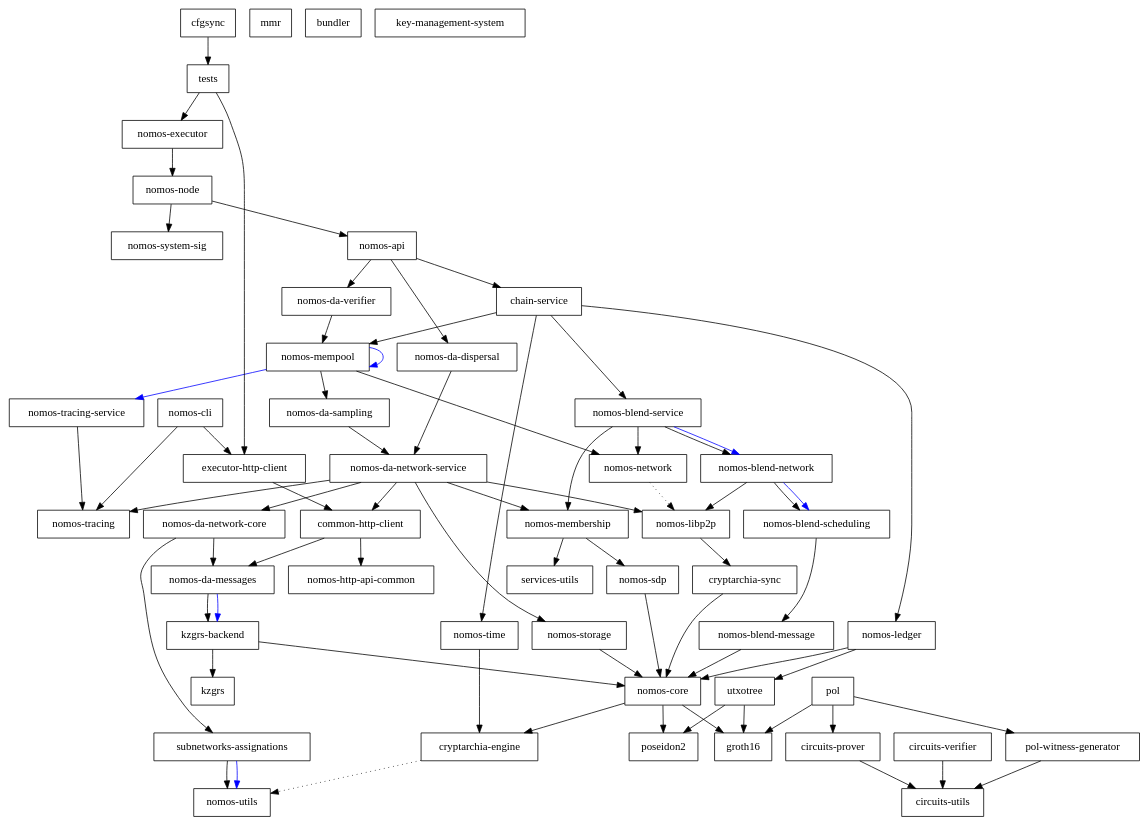
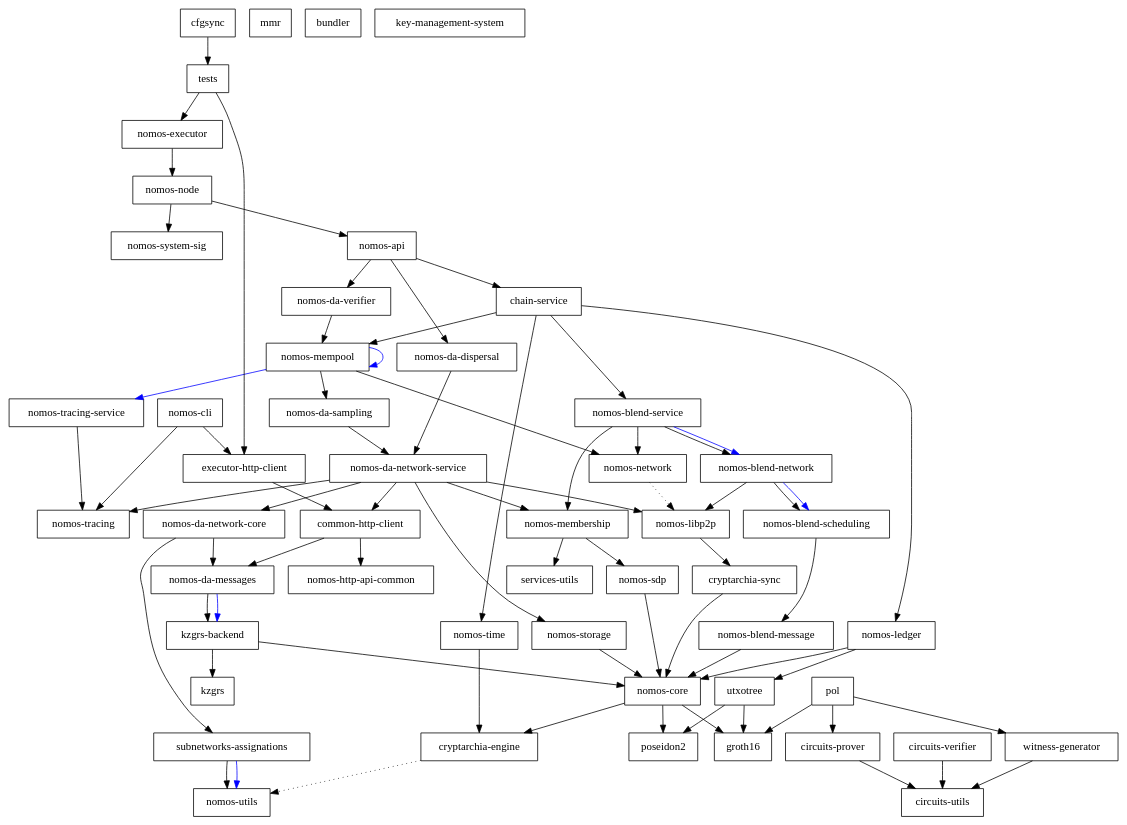
The diagram in dependencies_graph.dot (Astro521/logos-blockchain), drawn with Graphviz before and after one commit. The commit also changed 17 other files, not shown here.

Commit message:
chore(zk): Make witness generator generic (#1637)

```diff
--- a/dependencies_graph.dot
+++ b/dependencies_graph.dot
@@ -1,123 +1,123 @@
 digraph {
     0 [ label = "cryptarchia-engine" shape = box]
     1 [ label = "nomos-utils" shape = box]
     2 [ label = "cryptarchia-sync" shape = box]
     3 [ label = "nomos-core" shape = box]
     4 [ label = "groth16" shape = box]
     5 [ label = "poseidon2" shape = box]
     6 [ label = "nomos-ledger" shape = box]
     7 [ label = "utxotree" shape = box]
     8 [ label = "mmr" shape = box]
     9 [ label = "nomos-http-api-common" shape = box]
     10 [ label = "nomos-executor" shape = box]
     11 [ label = "kzgrs-backend" shape = box]
     12 [ label = "kzgrs" shape = box]
     13 [ label = "nomos-api" shape = box]
     14 [ label = "chain-service" shape = box]
     15 [ label = "nomos-blend-service" shape = box]
     16 [ label = "nomos-blend-message" shape = box]
     17 [ label = "nomos-blend-network" shape = box]
     18 [ label = "nomos-blend-scheduling" shape = box]
     19 [ label = "nomos-libp2p" shape = box]
     20 [ label = "nomos-membership" shape = box]
     21 [ label = "nomos-sdp" shape = box]
     22 [ label = "services-utils" shape = box]
     23 [ label = "nomos-network" shape = box]
     24 [ label = "nomos-da-sampling" shape = box]
     25 [ label = "nomos-da-network-core" shape = box]
     26 [ label = "nomos-da-messages" shape = box]
     27 [ label = "subnetworks-assignations" shape = box]
     28 [ label = "nomos-da-network-service" shape = box]
     29 [ label = "common-http-client" shape = box]
     30 [ label = "nomos-storage" shape = box]
     31 [ label = "nomos-tracing" shape = box]
     32 [ label = "nomos-mempool" shape = box]
     33 [ label = "nomos-tracing-service" shape = box]
     34 [ label = "nomos-time" shape = box]
     35 [ label = "nomos-da-dispersal" shape = box]
     36 [ label = "nomos-da-verifier" shape = box]
     37 [ label = "nomos-node" shape = box]
     38 [ label = "nomos-system-sig" shape = box]
     39 [ label = "executor-http-client" shape = box]
     40 [ label = "bundler" shape = box]
     41 [ label = "nomos-cli" shape = box]
     42 [ label = "key-management-system" shape = box]
     43 [ label = "cfgsync" shape = box]
     44 [ label = "tests" shape = box]
     45 [ label = "circuits-prover" shape = box]
     46 [ label = "circuits-utils" shape = box]
     47 [ label = "circuits-verifier" shape = box]
-    48 [ label = "pol-witness-generator" shape = box]
+    48 [ label = "witness-generator" shape = box]
     49 [ label = "pol" shape = box]
     0 -> 1 [ style = dotted]
     2 -> 3 [ ]
     3 -> 0 [ ]
     3 -> 4 [ ]
     3 -> 5 [ ]
     6 -> 3 [ ]
     6 -> 7 [ ]
     7 -> 4 [ ]
     7 -> 5 [ ]
     10 -> 37 [ ]
     11 -> 12 [ ]
     11 -> 3 [ ]
     13 -> 14 [ ]
     13 -> 35 [ ]
     13 -> 36 [ ]
     14 -> 15 [ ]
     14 -> 6 [ ]
     14 -> 32 [ ]
     14 -> 34 [ ]
     15 -> 17 [ ]
     15 -> 17 [ color = blue]
     15 -> 20 [ ]
     15 -> 23 [ ]
     16 -> 3 [ ]
     17 -> 18 [ ]
     17 -> 18 [ color = blue]
     17 -> 19 [ ]
     18 -> 16 [ ]
     19 -> 2 [ ]
     20 -> 21 [ ]
     20 -> 22 [ ]
     21 -> 3 [ ]
     23 -> 19 [ style = dotted]
     24 -> 28 [ ]
     25 -> 26 [ ]
     25 -> 27 [ ]
     26 -> 11 [ ]
     26 -> 11 [ color = blue]
     27 -> 1 [ ]
     27 -> 1 [ color = blue]
     28 -> 29 [ ]
     28 -> 25 [ ]
     28 -> 19 [ ]
     28 -> 20 [ ]
     28 -> 30 [ ]
     28 -> 31 [ ]
     29 -> 26 [ ]
     29 -> 9 [ ]
     30 -> 3 [ ]
     32 -> 24 [ ]
     32 -> 32 [ color = blue]
     32 -> 23 [ ]
     32 -> 33 [ color = blue]
     33 -> 31 [ ]
     34 -> 0 [ ]
     35 -> 28 [ ]
     36 -> 32 [ ]
     37 -> 13 [ ]
     37 -> 38 [ ]
     39 -> 29 [ ]
     41 -> 39 [ ]
     41 -> 31 [ ]
     43 -> 44 [ ]
     44 -> 39 [ ]
     44 -> 10 [ ]
     45 -> 46 [ ]
     47 -> 46 [ ]
     48 -> 46 [ ]
     49 -> 45 [ ]
     49 -> 4 [ ]
     49 -> 48 [ ]
 }
```
